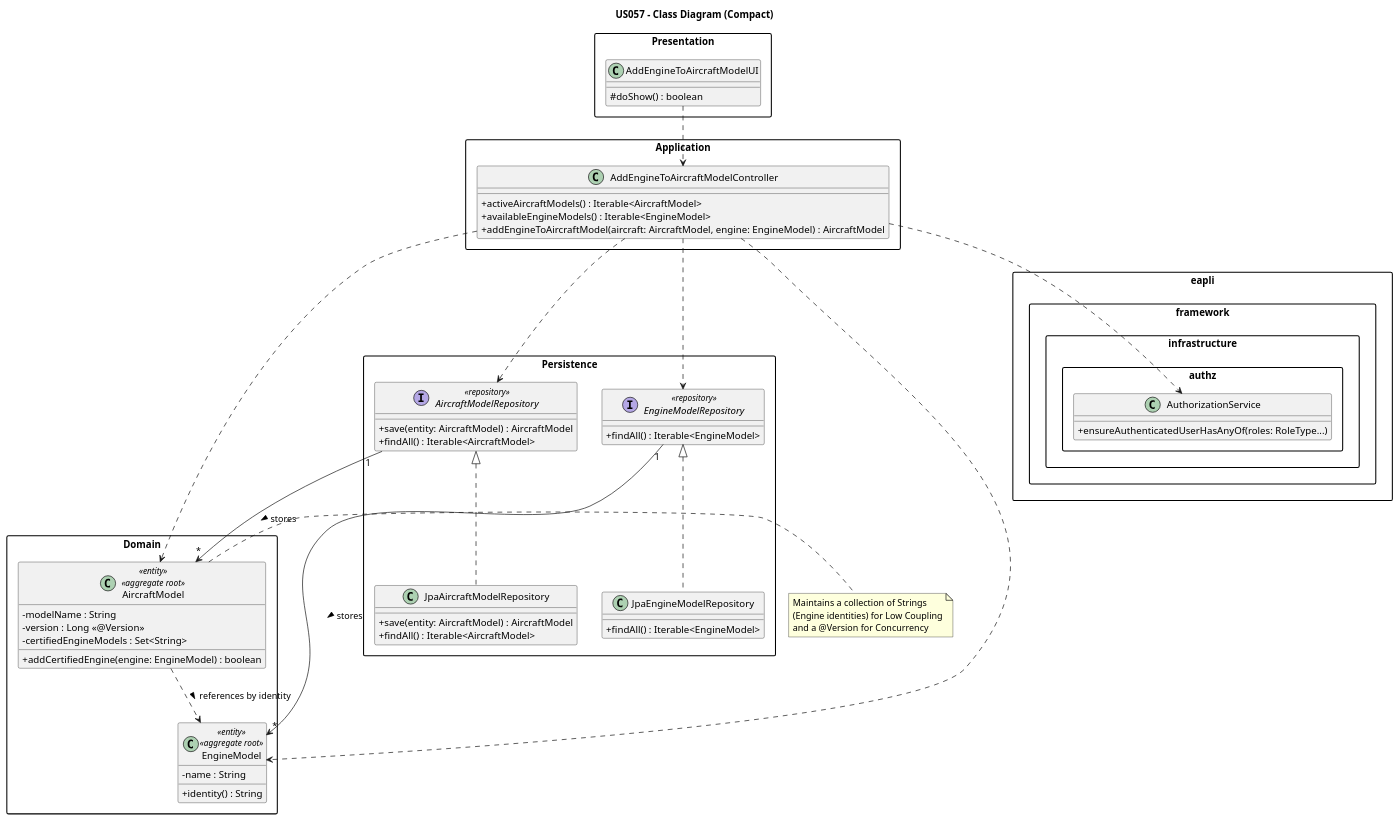
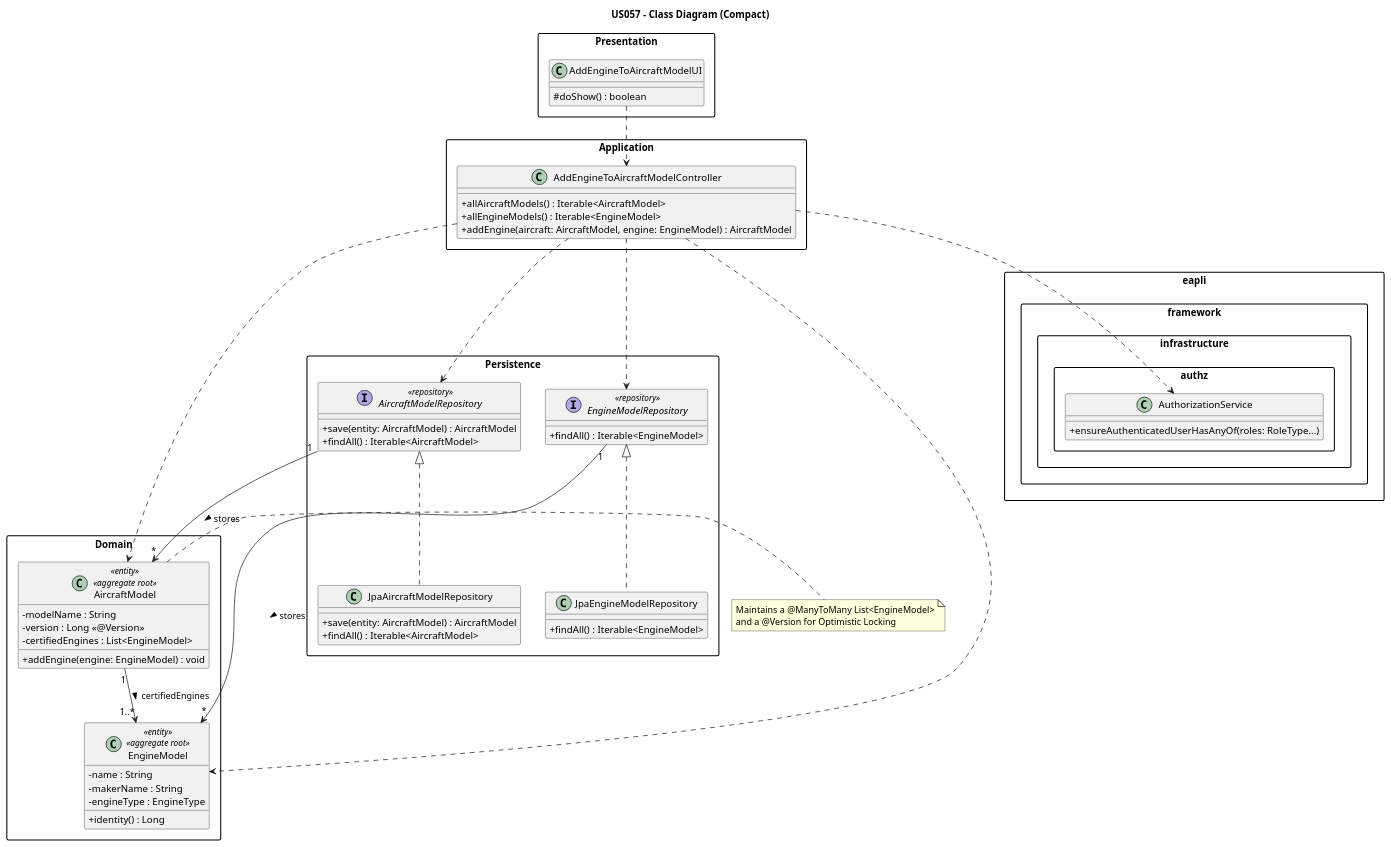
One commit to brunodspinto/aisafe changed the diagram in aisafe.base/docs/user-stories/us057/puml/US057-class-diagram.puml. Above: the diagram before and after it, drawn with PlantUML. The commit also changed 5 other files, not shown here.

Commit message:
#28 US057 - refactor: rename engine-related methods and update domain model for AircraftModel and EngineModel

```diff
--- a/aisafe.base/docs/user-stories/us057/puml/US057-class-diagram.puml
+++ b/aisafe.base/docs/user-stories/us057/puml/US057-class-diagram.puml
@@ -1,79 +1,81 @@
 @startuml
 skinparam classAttributeIconSize 0
 skinparam shadowing false
 skinparam packageStyle rectangle
 
 title US057 - Class Diagram (Compact)
 
 package "Presentation" {
     class AddEngineToAircraftModelUI {
         # doShow() : boolean
     }
 }
 
 package "Application" {
     class AddEngineToAircraftModelController {
-        + activeAircraftModels() : Iterable<AircraftModel>
-        + availableEngineModels() : Iterable<EngineModel>
-        + addEngineToAircraftModel(aircraft: AircraftModel, engine: EngineModel) : AircraftModel
+        + allAircraftModels() : Iterable<AircraftModel>
+        + allEngineModels() : Iterable<EngineModel>
+        + addEngine(aircraft: AircraftModel, engine: EngineModel) : AircraftModel
     }
 }
 
 package "Domain" {
     class AircraftModel <<entity>> <<aggregate root>> {
         - modelName : String
         - version : Long <<@Version>>
-        - certifiedEngineModels : Set<String>
-        + addCertifiedEngine(engine: EngineModel) : boolean
+        - certifiedEngines : List<EngineModel>
+        + addEngine(engine: EngineModel) : void
     }
 
     class EngineModel <<entity>> <<aggregate root>> {
         - name : String
-        + identity() : String
+        - makerName : String
+        - engineType : EngineType
+        + identity() : Long
     }
 }
 
 package "eapli.framework.infrastructure.authz" {
     class AuthorizationService {
         + ensureAuthenticatedUserHasAnyOf(roles: RoleType...)
     }
 }
 
 package "Persistence" {
     interface AircraftModelRepository <<repository>> {
         + save(entity: AircraftModel) : AircraftModel
         + findAll() : Iterable<AircraftModel>
     }
 
     interface EngineModelRepository <<repository>> {
         + findAll() : Iterable<EngineModel>
     }
 
     class JpaAircraftModelRepository {
         + save(entity: AircraftModel) : AircraftModel
         + findAll() : Iterable<AircraftModel>
     }
 
     class JpaEngineModelRepository {
         + findAll() : Iterable<EngineModel>
     }
 }
 
 AddEngineToAircraftModelUI .down.> AddEngineToAircraftModelController
 AddEngineToAircraftModelController .down.> AuthorizationService
 AddEngineToAircraftModelController .down.> AircraftModel
 AddEngineToAircraftModelController .down.> EngineModel
 AddEngineToAircraftModelController .down.> AircraftModelRepository
 AddEngineToAircraftModelController .down.> EngineModelRepository
 
-note right of AircraftModel: Maintains a collection of Strings\n(Engine identities) for Low Coupling\nand a @Version for Concurrency
-AircraftModel ..> EngineModel : "references by identity >"
+note right of AircraftModel: Maintains a @ManyToMany List<EngineModel>\nand a @Version for Optimistic Locking
+AircraftModel "1" --> "1..*" EngineModel : "certifiedEngines >"
 
 
 AircraftModelRepository "1" --> "*" AircraftModel : "stores >"
 EngineModelRepository "1" --> "*" EngineModel : "stores >"
 
 JpaAircraftModelRepository .up.|> AircraftModelRepository
 JpaEngineModelRepository .up.|> EngineModelRepository
 
 @enduml
```
